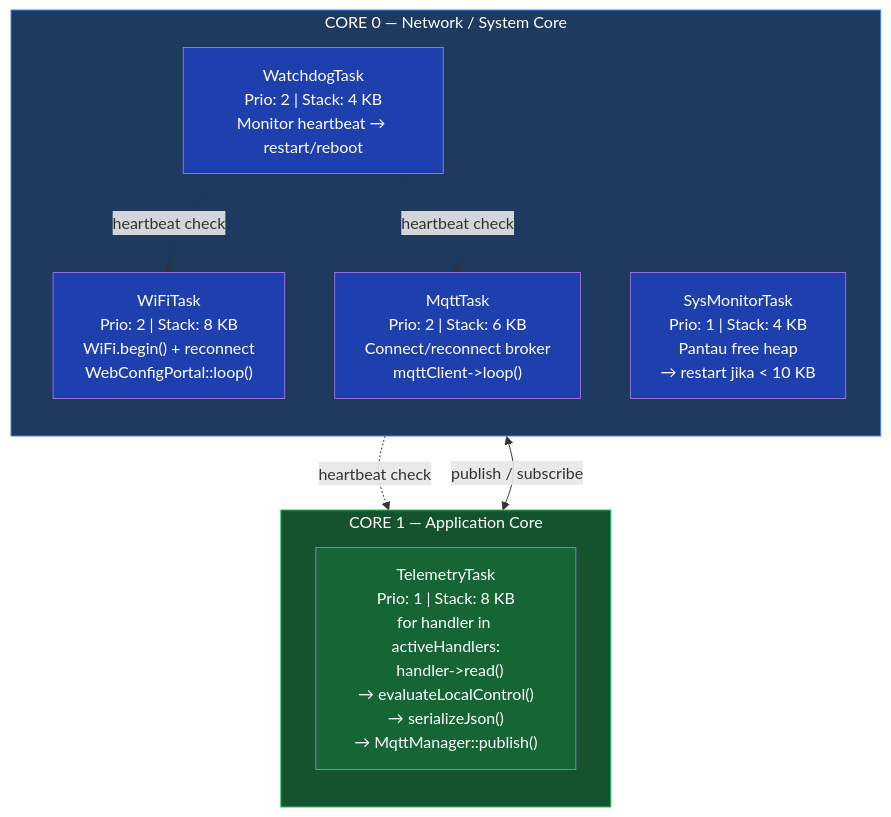
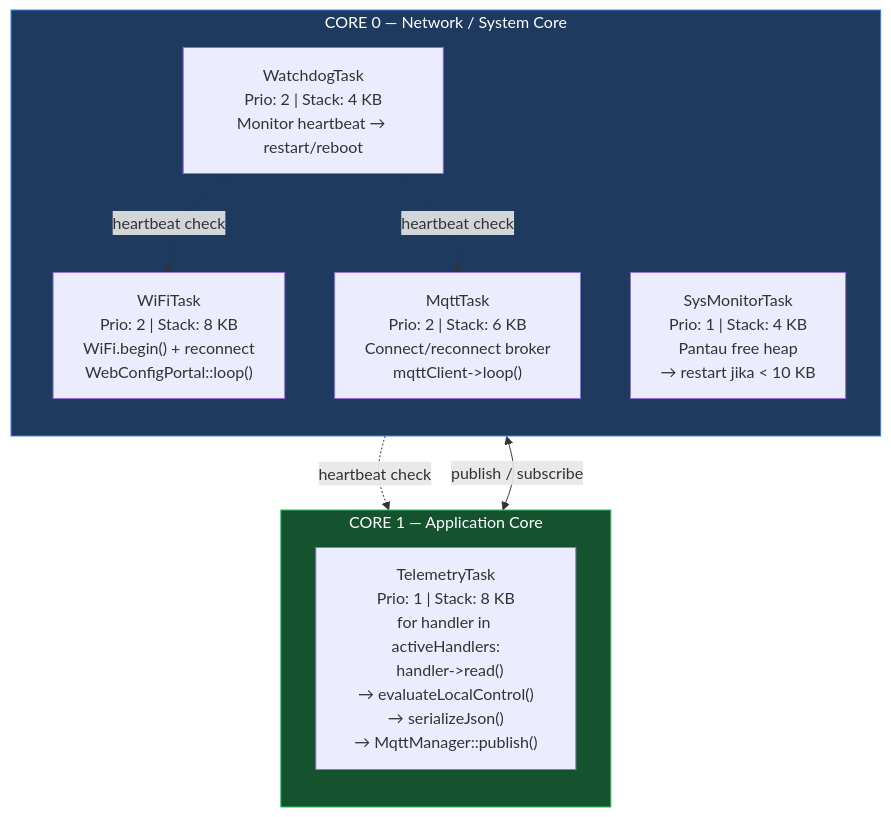
Before and after one commit to Rezen351/enyx-enterprise: the first of 5 diagrams in docs/firmware.md, drawn with Mermaid. The commit also changed other lines of this file and 26 other files, not shown here.

````diff
--- a/docs/firmware.md
+++ b/docs/firmware.md
@@ -32,28 +13,20 @@
 ```mermaid
 graph TB
     subgraph CORE0["CORE 0 — Network / System Core"]
         direction TB
         WD["WatchdogTask\nPrio: 2 | Stack: 4 KB\nMonitor heartbeat → restart/reboot"]
         WIFI["WiFiTask\nPrio: 2 | Stack: 8 KB\nWiFi.begin() + reconnect\nWebConfigPortal::loop()"]
         MQTT["MqttTask\nPrio: 2 | Stack: 6 KB\nConnect/reconnect broker\nmqttClient->loop()"]
         SYS["SysMonitorTask\nPrio: 1 | Stack: 4 KB\nPantau free heap\n→ restart jika < 10 KB"]
     end
-
     subgraph CORE1["CORE 1 — Application Core"]
         direction TB
         TELE["TelemetryTask\nPrio: 1 | Stack: 8 KB\nfor handler in activeHandlers:\n  handler->read()\n→ evaluateLocalControl()\n→ serializeJson()\n→ MqttManager::publish()"]
     end
-
     WD -. heartbeat check .-> WIFI
     WD -. heartbeat check .-> MQTT
     WD -. heartbeat check .-> TELE
     MQTT <-->|publish / subscribe| TELE
-
     style CORE0 fill:#1e3a5f,color:#fff,stroke:#3b82f6
     style CORE1 fill:#14532d,color:#fff,stroke:#22c55e
-    style TELE fill:#166534,color:#fff
-    style WD fill:#1e40af,color:#fff
-    style WIFI fill:#1e40af,color:#fff
-    style MQTT fill:#1e40af,color:#fff
-    style SYS fill:#1e40af,color:#fff
 ```
````
